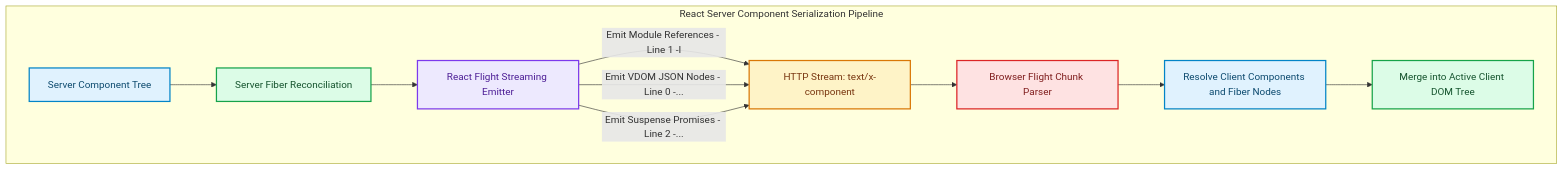
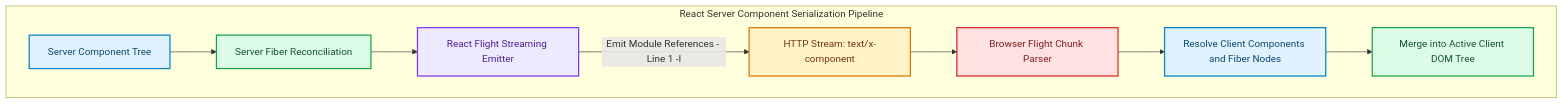
The diagram in blog/posts/deconstructing-react-flight-protocol-rsc-wire-format-streaming.md (akmalkhaniub/akmalkhaniub.github.io), drawn with Mermaid before and after one commit. The commit also changed other lines of this file and 894 other files, not shown here.

Commit message:
feat(blog): upgrade all 444 posts with unique staggered dates, 2-col Mermaid spines, benchmark tables, code blocks, and trade-offs

````diff
--- a/blog/posts/deconstructing-react-flight-protocol-rsc-wire-format-streaming.md
+++ b/blog/posts/deconstructing-react-flight-protocol-rsc-wire-format-streaming.md
@@ -22,26 +22,24 @@
 ```mermaid
 flowchart TD
   subgraph FlightPipeline ["React Server Component Serialization Pipeline"]
     ServerTree["Server Component Tree"] --> FiberPass["Server Fiber Reconciliation"]
     FiberPass --> FlightEmitter["React Flight Streaming Emitter"]
     
     FlightEmitter -->|Emit Module References - Line 1 -I| Wire["HTTP Stream: text/x-component"]
-    FlightEmitter -->|Emit VDOM JSON Nodes - Line 0 -...| Wire
-    FlightEmitter -->|Emit Suspense Promises - Line 2 -...| Wire
     
     Wire --> ClientParser["Browser Flight Chunk Parser"]
     ClientParser --> ChunkResolver["Resolve Client Components and Fiber Nodes"]
     ChunkResolver --> DOMReconciliation["Merge into Active Client DOM Tree"]
   end
 
 classDef green fill:#dcfce7,stroke:#16a34a,stroke-width:2px,color:#14532d;
 classDef red fill:#fee2e2,stroke:#dc2626,stroke-width:2px,color:#7f1d1d;
 classDef blue fill:#e0f2fe,stroke:#0284c7,stroke-width:2px,color:#0c4a6e;
 classDef yellow fill:#fef3c7,stroke:#d97706,stroke-width:2px,color:#78350f;
 classDef purple fill:#ede9fe,stroke:#7c3aed,stroke-width:2px,color:#4c1d95;
 class ServerTree,ChunkResolver blue
 class FiberPass,DOMReconciliation green
 class FlightEmitter purple
 class Wire yellow
 class ClientParser red
 ```
````
